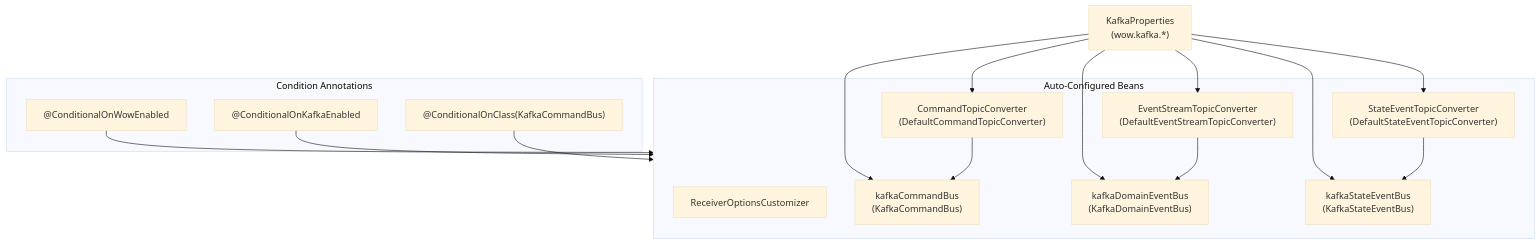
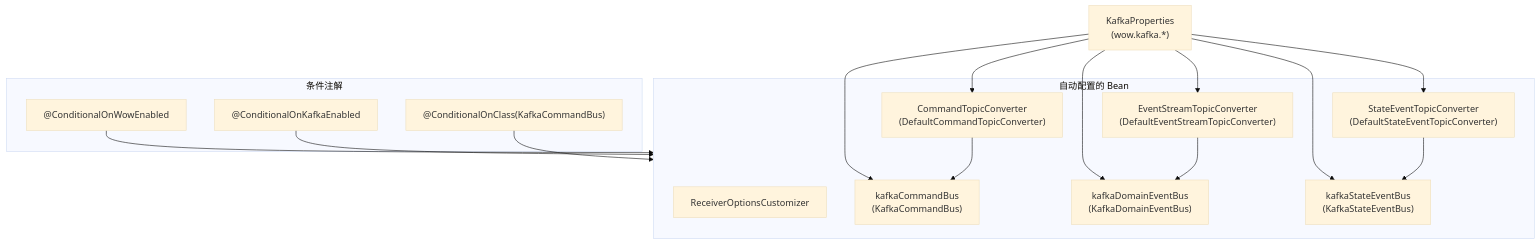
One commit to Ahoo-Wang/Wow changed the sixth of 6 diagrams in documentation/docs/zh/guide/extensions/kafka.md. Above: the diagram before and after it, drawn with Mermaid (base theme). The commit also changed other lines of this file and 11 other files, not shown here.

````diff
--- a/documentation/docs/zh/guide/extensions/kafka.md
+++ b/documentation/docs/zh/guide/extensions/kafka.md
@@ -306,31 +306,31 @@
 ```mermaid
 graph TB
-    subgraph Conditions["Condition Annotations"]
+    subgraph Conditions["条件注解"]
         C1["@ConditionalOnWowEnabled"]
         C2["@ConditionalOnKafkaEnabled"]
         C3["@ConditionalOnClass(KafkaCommandBus)"]
     end
-    subgraph Beans["Auto-Configured Beans"]
+    subgraph Beans["自动配置的 Bean"]
         B1["ReceiverOptionsCustomizer"]
         B2["CommandTopicConverter<br>(DefaultCommandTopicConverter)"]
         B3["kafkaCommandBus<br>(KafkaCommandBus)"]
         B4["EventStreamTopicConverter<br>(DefaultEventStreamTopicConverter)"]
         B5["kafkaDomainEventBus<br>(KafkaDomainEventBus)"]
         B6["StateEventTopicConverter<br>(DefaultStateEventTopicConverter)"]
         B7["kafkaStateEventBus<br>(KafkaStateEventBus)"]
     end
     Config["KafkaProperties<br>(wow.kafka.*)"] --> B2
     Config --> B3
     Config --> B4
     Config --> B5
     Config --> B6
     Config --> B7
 
     B2 --> B3
     B4 --> B5
     B6 --> B7
 
     C1 --> Beans
     C2 --> Beans
     C3 --> Beans
 ```
````
